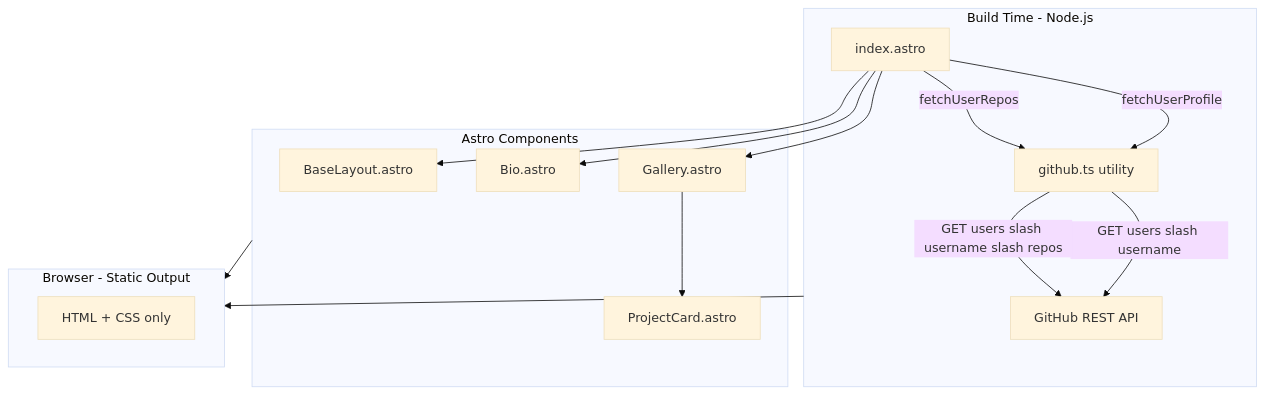
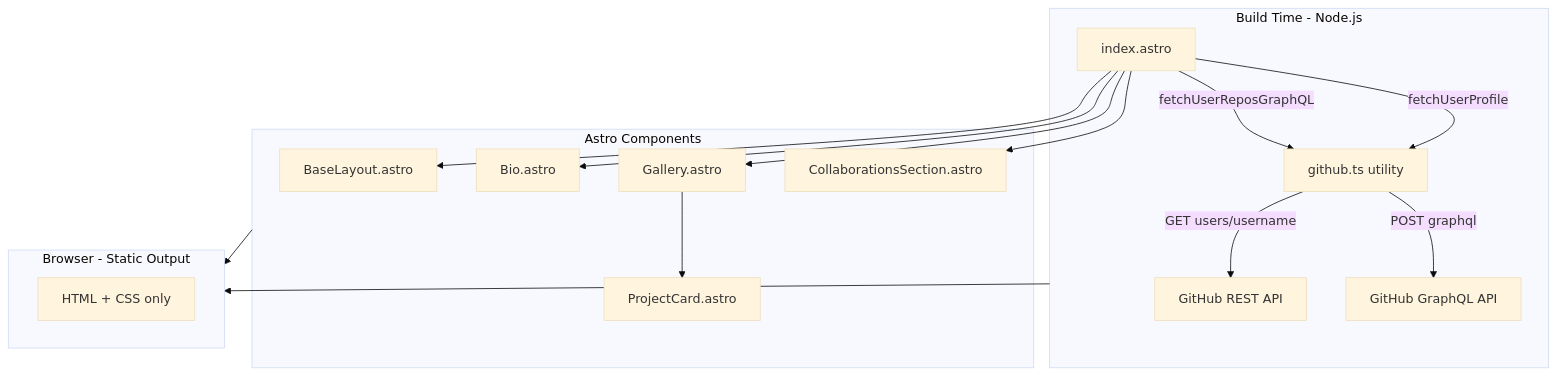
Before and after one commit to bonjourdave/bonjourdave.github.io: the first of 2 diagrams in .kiro/specs/github-portfolio-landing-page/design.md, drawn with Mermaid (base theme). The commit also changed other lines of this file and 6 other files, not shown here.

````diff
--- a/.kiro/specs/github-portfolio-landing-page/design.md
+++ b/.kiro/specs/github-portfolio-landing-page/design.md
@@ -32,30 +32,33 @@
 ```mermaid
 graph TB
     subgraph BuildTime [Build Time - Node.js]
         IndexPage[index.astro]
         GitHubUtil[github.ts utility]
-        GitHubAPI[GitHub REST API]
+        GitHubRESTAPI[GitHub REST API]
+        GitHubGraphQLAPI[GitHub GraphQL API]
         IndexPage -->|fetchUserProfile| GitHubUtil
-        IndexPage -->|fetchUserRepos| GitHubUtil
-        GitHubUtil -->|GET users slash username| GitHubAPI
-        GitHubUtil -->|GET users slash username slash repos| GitHubAPI
+        IndexPage -->|fetchUserReposGraphQL| GitHubUtil
+        GitHubUtil -->|GET users/username| GitHubRESTAPI
+        GitHubUtil -->|POST graphql| GitHubGraphQLAPI
     end
 
     subgraph Components [Astro Components]
         BaseLayout[BaseLayout.astro]
         Bio[Bio.astro]
         Gallery[Gallery.astro]
         ProjectCard[ProjectCard.astro]
+        CollaborationsSection[CollaborationsSection.astro]
         IndexPage --> BaseLayout
         IndexPage --> Bio
         IndexPage --> Gallery
+        IndexPage --> CollaborationsSection
         Gallery --> ProjectCard
     end
 
     subgraph StaticOutput [Browser - Static Output]
         HTML[HTML + CSS only]
     end
 
     BuildTime --> StaticOutput
     Components --> StaticOutput
 ```
````
